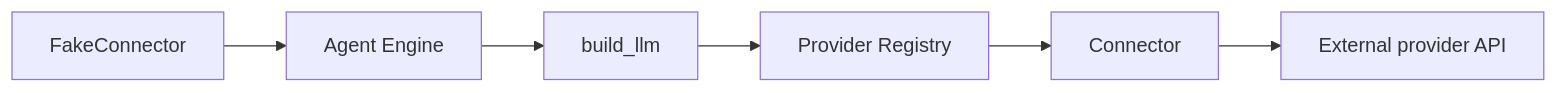
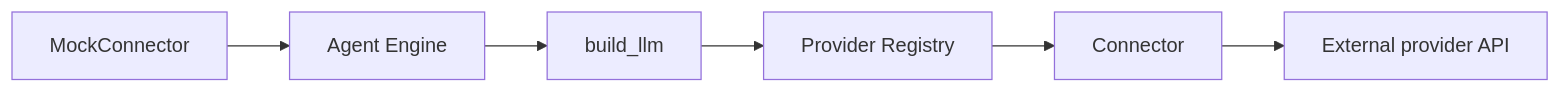
Before and after one commit to Signal-Vector/kolsch: the diagram in docs/architecture/llm.md, drawn with Mermaid. The commit also changed 226 other files, not shown here.

First line of the commit message:
qol(vocab): qol-046 rename Fake → Mock across code, docs, and provider config value

````diff
--- a/docs/architecture/llm.md
+++ b/docs/architecture/llm.md
@@ -10,10 +10,10 @@
 ```mermaid
 graph LR
     Engine[Agent Engine] --> BuildLLM[build_llm]
     BuildLLM --> Registry[Provider Registry]
     Registry --> Connector[Connector]
     Connector --> External[External provider API]
-    Fake[FakeConnector] --> Engine
+    Mock[MockConnector] --> Engine
 
     click Engine "../engine/"
 ```
````
